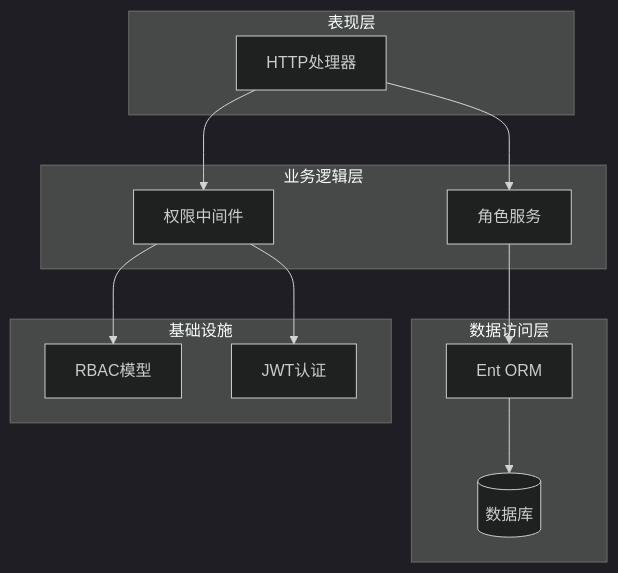
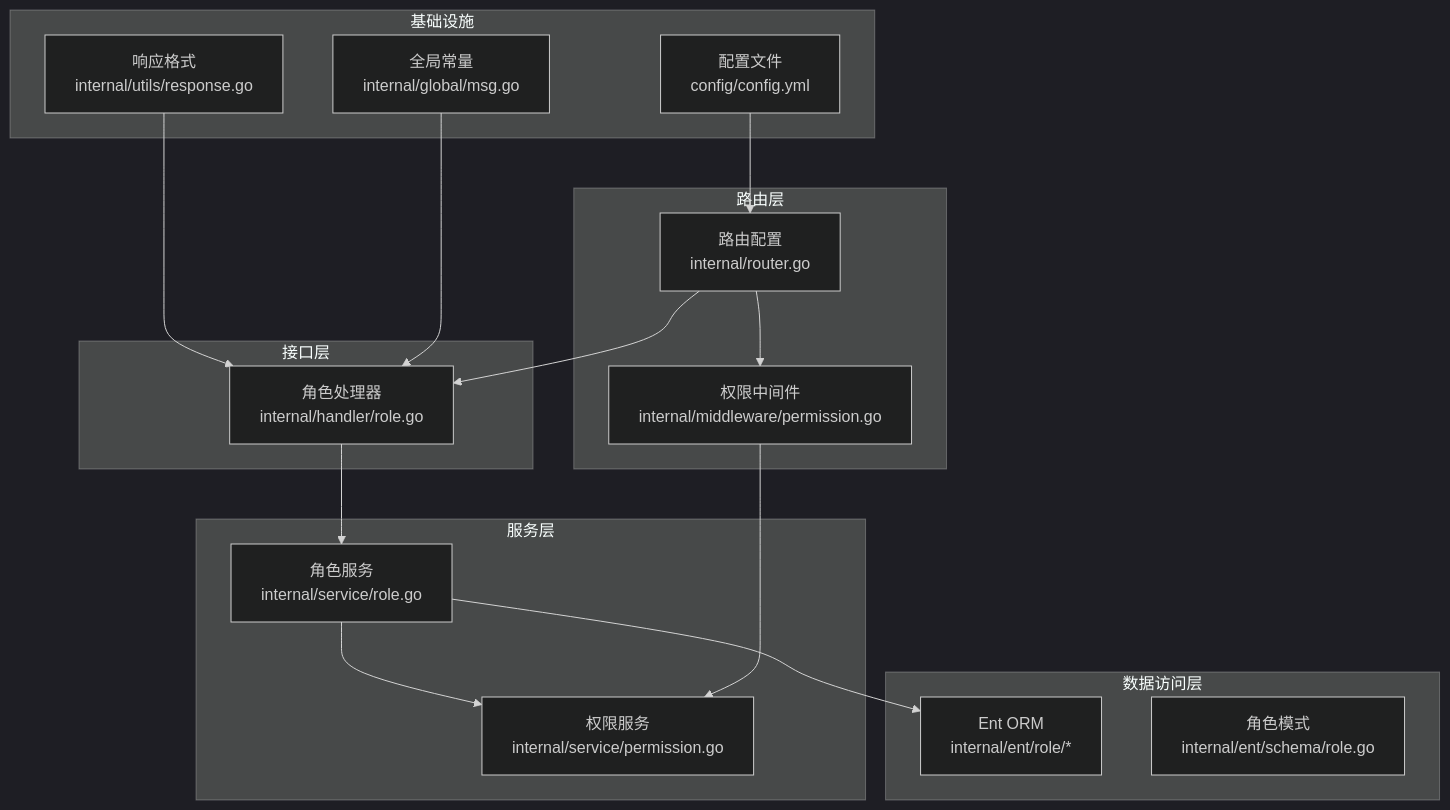
Before and after one commit to wuwuseo/e-sports-go-admin: the first of 5 diagrams in .qoder/repowiki/zh/content/API接口文档/角色管理接口.md, drawn with Mermaid (dark theme). The commit also changed other lines of this file and 141 other files, not shown here.

````diff
--- a/.qoder/repowiki/zh/content/API接口文档/角色管理接口.md
+++ b/.qoder/repowiki/zh/content/API接口文档/角色管理接口.md
@@ -39,24 +37,32 @@
 ```mermaid
 graph TB
-subgraph "表现层"
-Handler[HTTP处理器]
+subgraph "接口层"
+Handler[角色处理器<br/>internal/handler/role.go]
 end
-subgraph "业务逻辑层"
-Service[角色服务]
-Middleware[权限中间件]
+subgraph "服务层"
+Service[角色服务<br/>internal/service/role.go]
+PermService[权限服务<br/>internal/service/permission.go]
 end
 subgraph "数据访问层"
-Ent[Ent ORM]
-Database[(数据库)]
+Ent[Ent ORM<br/>internal/ent/role/*]
+Schema[角色模式<br/>internal/ent/schema/role.go]
+end
+subgraph "路由层"
+Router[路由配置<br/>internal/router.go]
+Middleware[权限中间件<br/>internal/middleware/permission.go]
 end
 subgraph "基础设施"
-RBAC[RBAC模型]
-JWT[JWT认证]
+Config[配置文件<br/>config/config.yml]
+Response[响应格式<br/>internal/utils/response.go]
+Global[全局常量<br/>internal/global/msg.go]
 end
 Handler --> Service
 Service --> Ent
-Ent --> Database
-Handler --> Middleware
-Middleware --> RBAC
-Middleware --> JWT
+Service --> PermService
+Router --> Handler
+Router --> Middleware
+Middleware --> PermService
+Config --> Router
+Response --> Handler
+Global --> Handler
 ```
````
